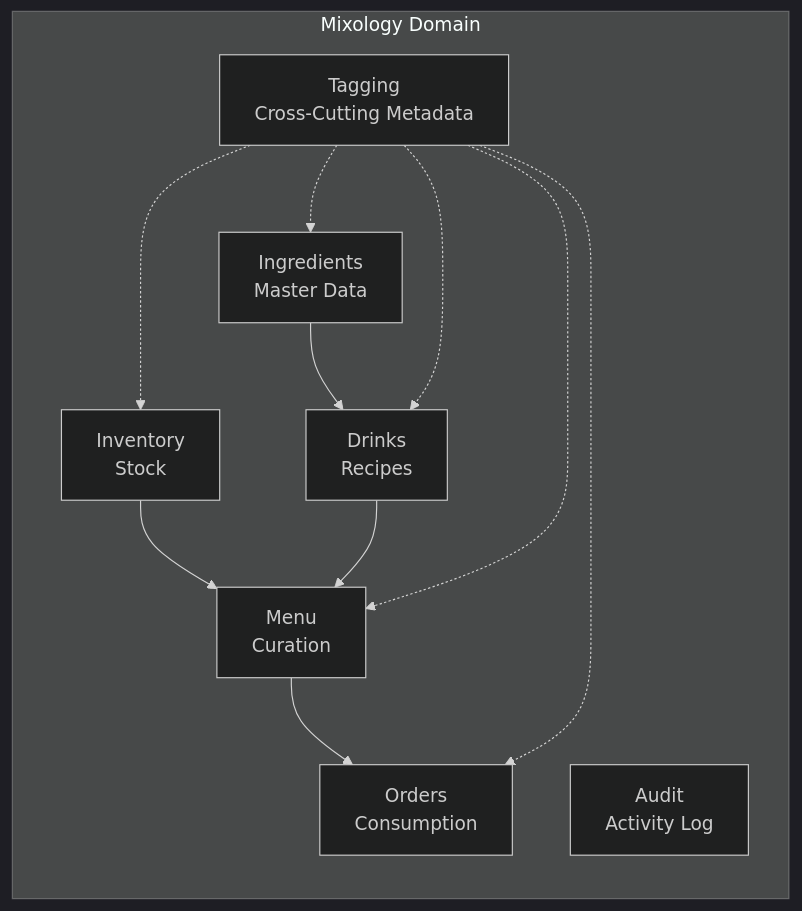
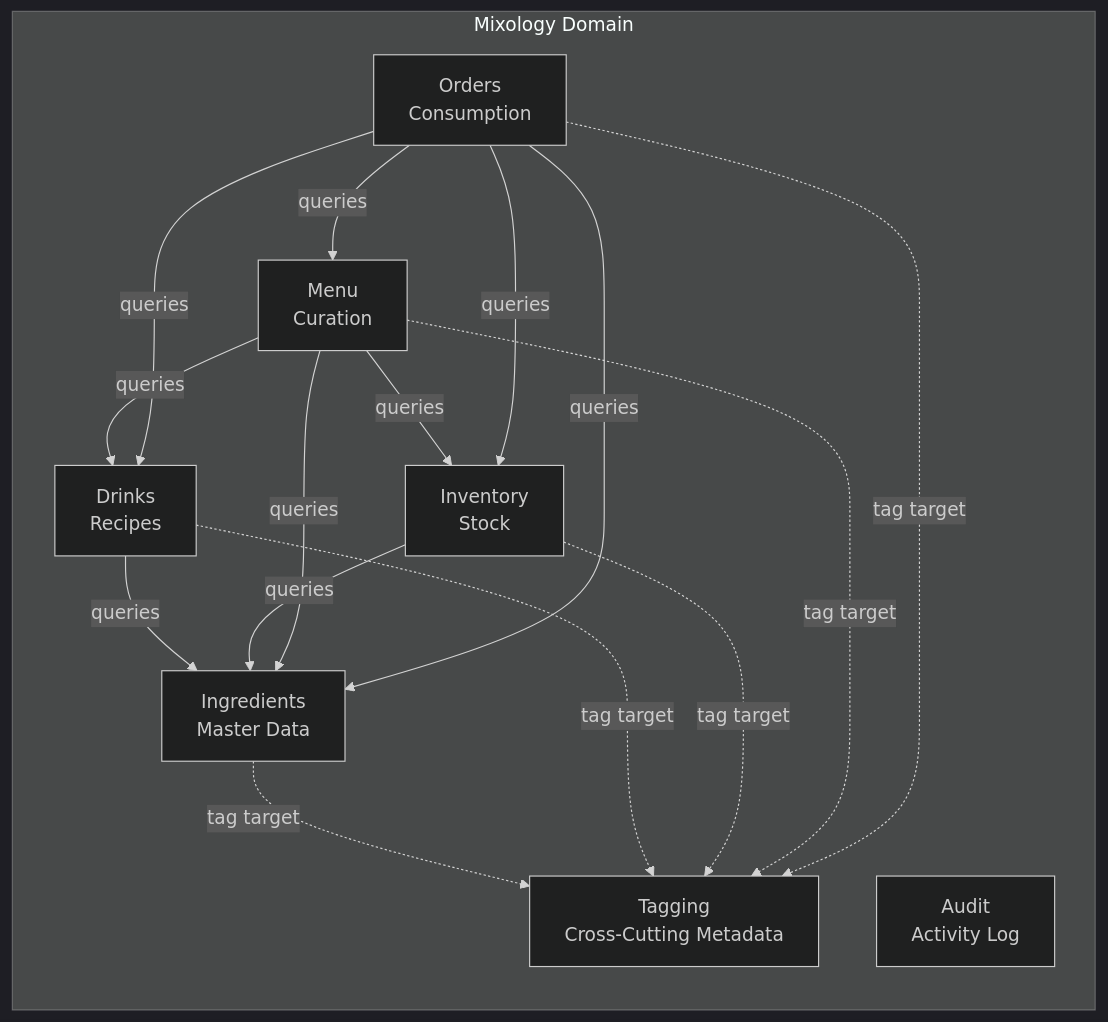
One commit to TheFellow/go-modular-monolith changed the first of 5 diagrams in README.md. Above: the diagram before and after it, drawn with Mermaid (dark theme). The commit also changed other lines of this file, not shown here.

Commit message:
Refresh architecture documentation

````diff
--- a/README.md
+++ b/README.md
@@ -298,22 +311,27 @@
 ```mermaid
 graph LR
     subgraph Mixology Domain
         Ingredients[Ingredients<br/>Master Data]
         Drinks[Drinks<br/>Recipes]
         Inventory[Inventory<br/>Stock]
         Menu[Menu<br/>Curation]
         Orders[Orders<br/>Consumption]
         Audit[Audit<br/>Activity Log]
         Tags[Tagging<br/>Cross-Cutting Metadata]
 
-        Ingredients --> Drinks
-        Inventory --> Menu
-        Drinks --> Menu
-        Menu --> Orders
-        Tags -.-> Ingredients
-        Tags -.-> Drinks
-        Tags -.-> Inventory
-        Tags -.-> Menu
-        Tags -.-> Orders
+        Drinks -->|queries| Ingredients
+        Inventory -->|queries| Ingredients
+        Menu -->|queries| Drinks
+        Menu -->|queries| Ingredients
+        Menu -->|queries| Inventory
+        Orders -->|queries| Menu
+        Orders -->|queries| Drinks
+        Orders -->|queries| Ingredients
+        Orders -->|queries| Inventory
+        Ingredients -.->|tag target| Tags
+        Drinks -.->|tag target| Tags
+        Inventory -.->|tag target| Tags
+        Menu -.->|tag target| Tags
+        Orders -.->|tag target| Tags
     end
 ```
````
